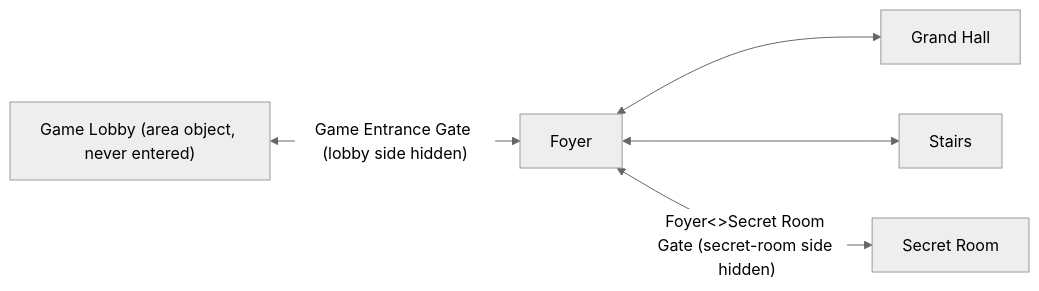
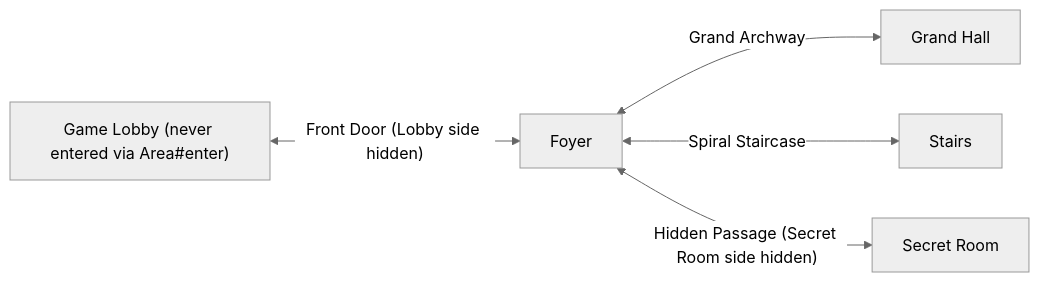
One commit to dtrammell/dmud changed the third of 3 diagrams in docs/ARCHITECTURE.md. Above: the diagram before and after it, drawn with Mermaid (neutral theme). The commit also changed other lines of this file and 37 other files, not shown here.

````diff
--- a/docs/ARCHITECTURE.md
+++ b/docs/ARCHITECTURE.md
@@ -293,13 +597,13 @@
 ```mermaid
 flowchart LR
-    Lobby["Game Lobby (area object, never entered)"]
+    Lobby["Game Lobby (never entered via Area#enter)"]
     Foyer["Foyer"]
     GrandHall["Grand Hall"]
     Stairs["Stairs"]
     SecretRoom["Secret Room"]
 
-    Lobby <-- "Game Entrance Gate (lobby side hidden)" --> Foyer
-    Foyer <--> GrandHall
-    Foyer <--> Stairs
-    Foyer <-- "Foyer<>Secret Room Gate (secret-room side hidden)" --> SecretRoom
+    Lobby <-- "Front Door (Lobby side hidden)" --> Foyer
+    Foyer <-- "Grand Archway" --> GrandHall
+    Foyer <-- "Spiral Staircase" --> Stairs
+    Foyer <-- "Hidden Passage (Secret Room side hidden)" --> SecretRoom
 ```
````
